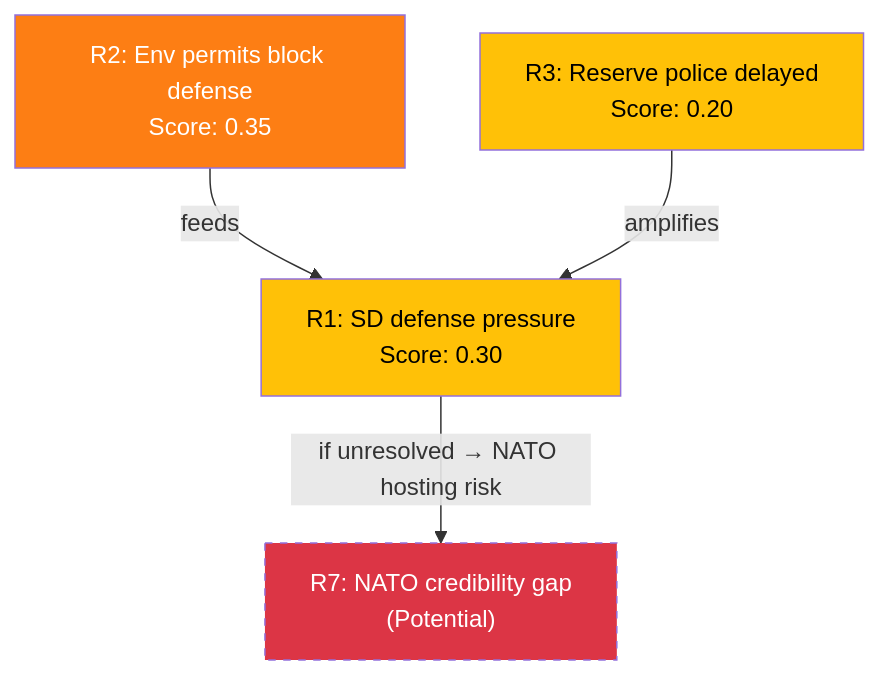
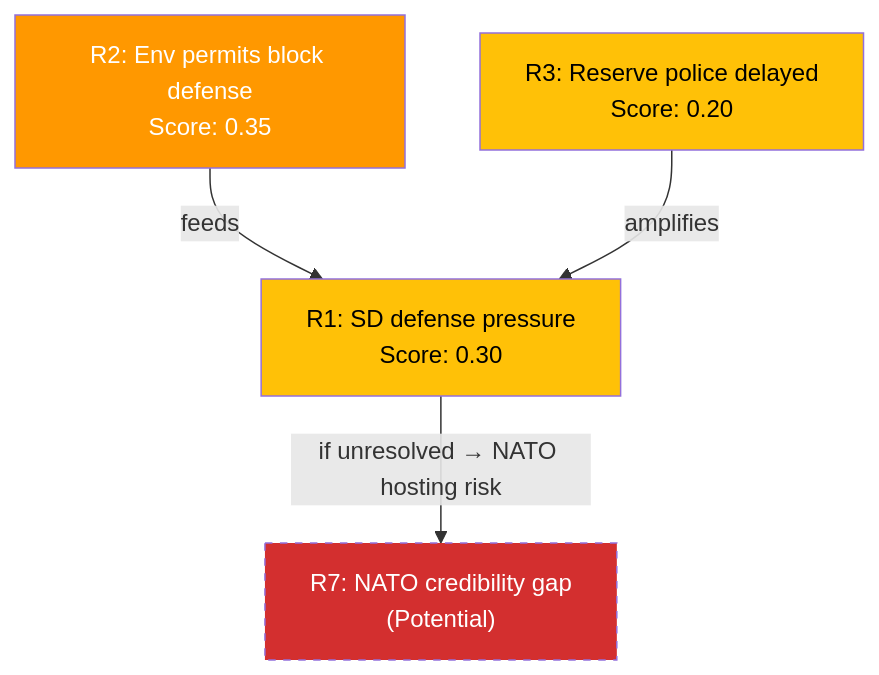
One commit to Hack23/riksdagsmonitor changed the second of 2 diagrams in analysis/daily/2026-04-08/realtime-1433/risk-assessment.md. Above: the diagram before and after it, drawn with Mermaid. The commit also changed 785 other files, not shown here.

First line of the commit message:
Normalize mermaid colors across 786 analysis artifacts to ISMS Style Guide palette

````diff
--- a/analysis/daily/2026-04-08/realtime-1433/risk-assessment.md
+++ b/analysis/daily/2026-04-08/realtime-1433/risk-assessment.md
@@ -56,15 +56,15 @@
 ```mermaid
 graph TD
     R1["R1: SD defense pressure<br/>Score: 0.30"]
     R2["R2: Env permits block defense<br/>Score: 0.35"]
     R3["R3: Reserve police delayed<br/>Score: 0.20"]
 
     R2 -->|"feeds"| R1
     R3 -->|"amplifies"| R1
     R1 -->|"if unresolved → NATO hosting risk"| R7["R7: NATO credibility gap<br/>(Potential)"]
 
-    style R1 fill:#ffc107,color:#000
-    style R2 fill:#fd7e14,color:#fff
-    style R3 fill:#ffc107,color:#000
-    style R7 fill:#dc3545,color:#fff,stroke-dasharray: 5 5
+    style R1 fill:#FFC107,color:#000000
+    style R2 fill:#FF9800,color:#FFFFFF
+    style R3 fill:#FFC107,color:#000000
+    style R7 fill:#D32F2F,color:#FFFFFF,stroke-dasharray: 5 5
 ```
````
